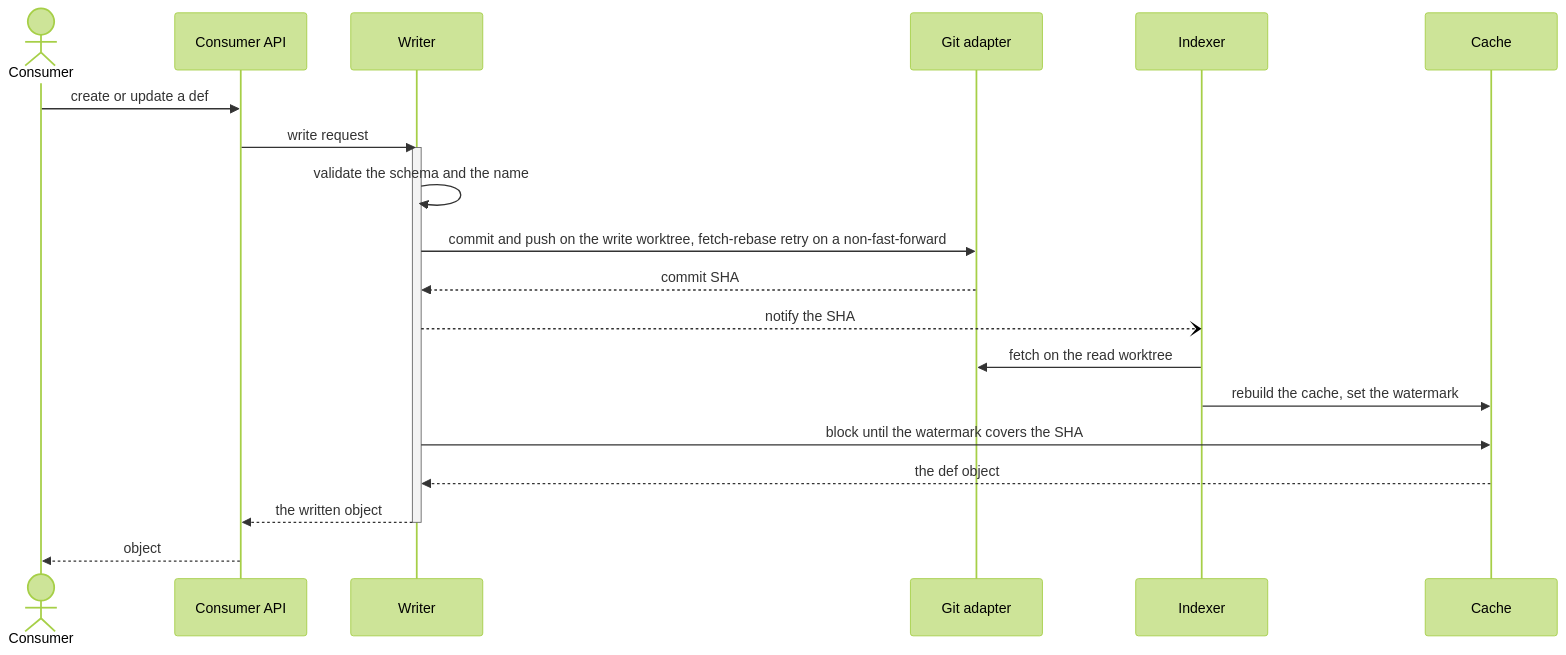
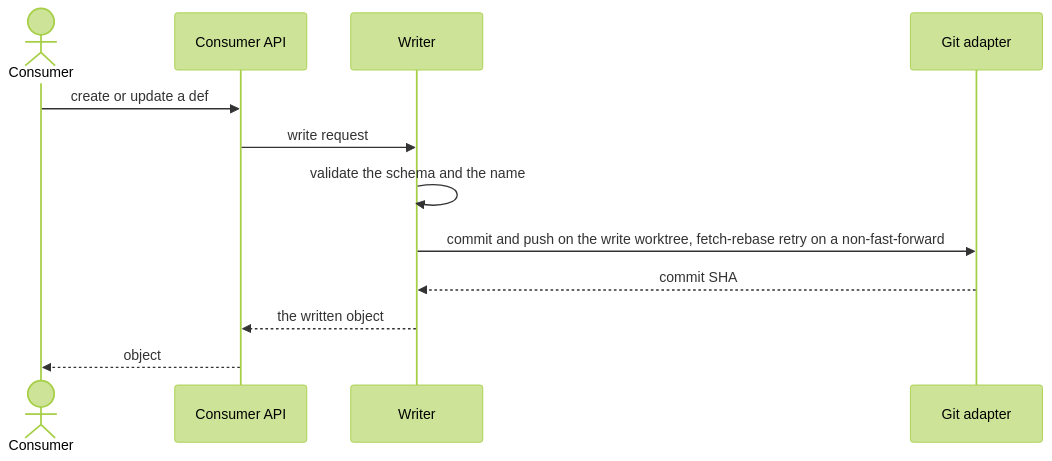
Before and after one commit to Netcracker/qubership-envgene: the fifth of 5 diagrams in docs/analysis/app-reg-def-service/design/architecture.md, drawn with Mermaid (forest theme). The commit also changed other lines of this file and 2 other files, not shown here.

First line of the commit message:
docs: write returns on commit, cache catches up via resync (option B)

````diff
--- a/docs/analysis/app-reg-def-service/design/architecture.md
+++ b/docs/analysis/app-reg-def-service/design/architecture.md
@@ -111,23 +113,14 @@
 ```mermaid
 sequenceDiagram
   actor C as Consumer
   participant API as Consumer API
   participant W as Writer
   participant GA as Git adapter
-  participant IX as Indexer
-  participant Cache
   C->>API: create or update a def
   API->>W: write request
-  activate W
   W->>W: validate the schema and the name
   W->>GA: commit and push on the write worktree, fetch-rebase retry on a non-fast-forward
   GA-->>W: commit SHA
-  W--)IX: notify the SHA
-  IX->>GA: fetch on the read worktree
-  IX->>Cache: rebuild the cache, set the watermark
-  W->>Cache: block until the watermark covers the SHA
-  Cache-->>W: the def object
   W-->>API: the written object
-  deactivate W
   API-->>C: object
 ```
````
